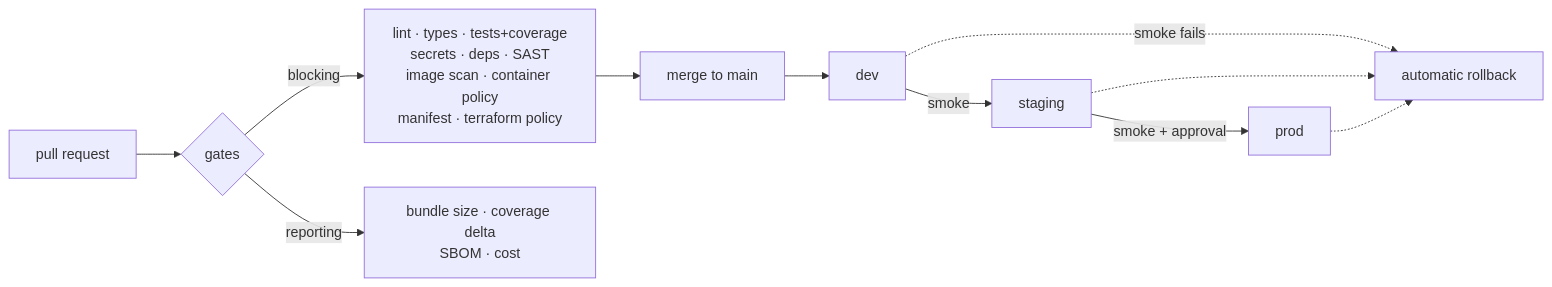
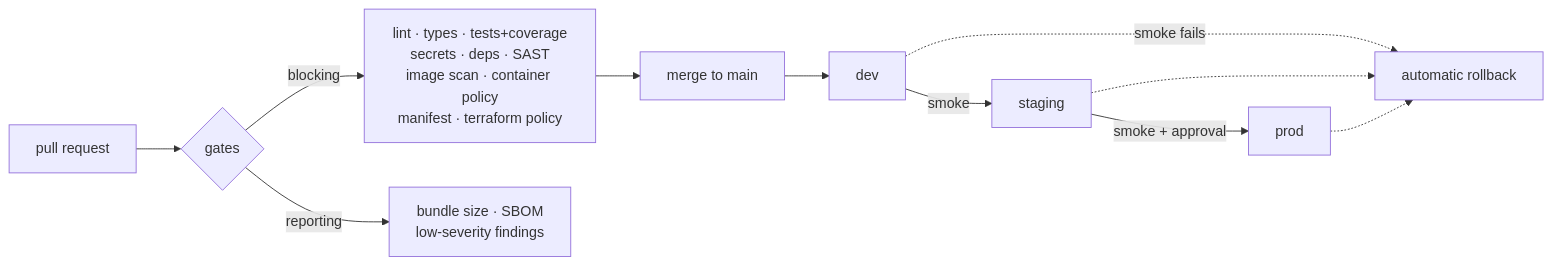
One commit to lspecian/platform-deploy changed the diagram in README.md. Above: the diagram before and after it, drawn with Mermaid. The commit also changed other lines of this file and 5 other files, not shown here.

````diff
--- a/README.md
+++ b/README.md
@@ -78,13 +78,13 @@
 ```mermaid
 flowchart LR
   PR[pull request] --> G{gates}
   G -->|blocking| B["lint · types · tests+coverage<br/>secrets · deps · SAST<br/>image scan · container policy<br/>manifest · terraform policy"]
-  G -->|reporting| R["bundle size · coverage delta<br/>SBOM · cost"]
+  G -->|reporting| R["bundle size · SBOM<br/>low-severity findings"]
   B --> M[merge to main]
   M --> D[dev]
   D -->|smoke| S[staging]
   S -->|smoke + approval| P[prod]
   D -.->|smoke fails| RB[automatic rollback]
   S -.-> RB
   P -.-> RB
 ```
````
